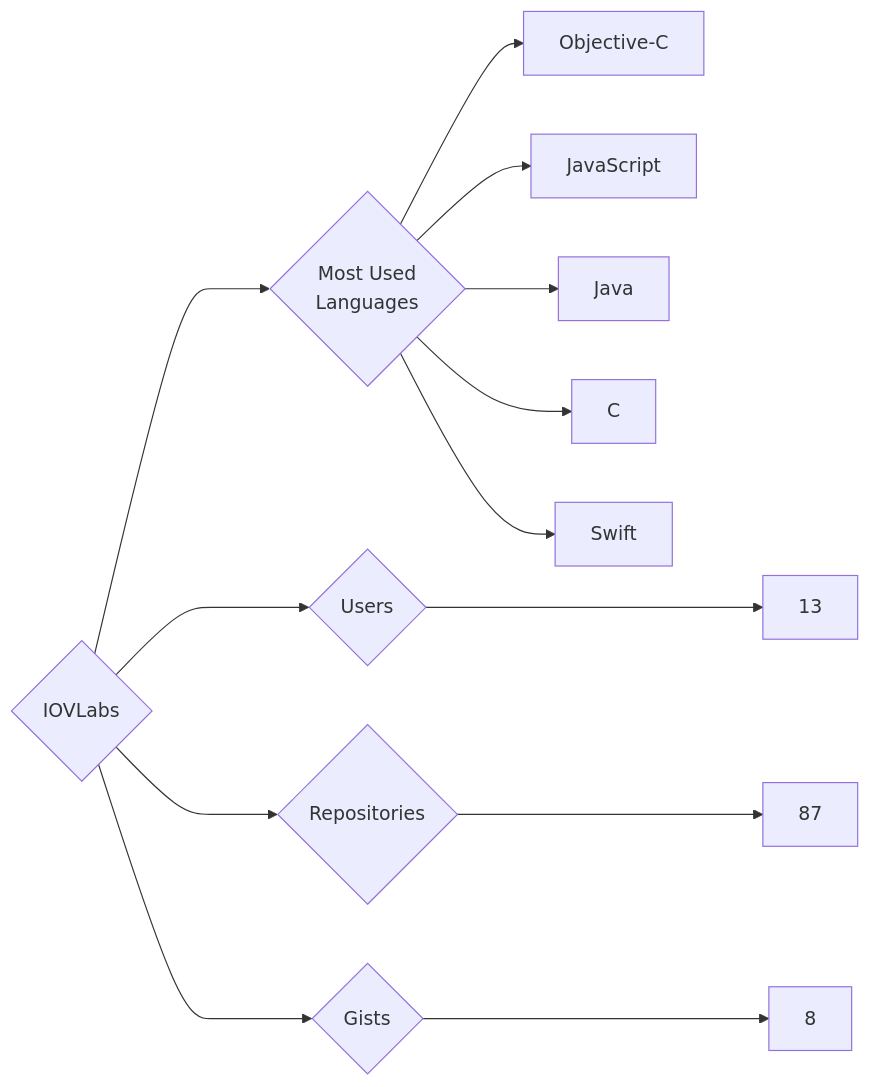
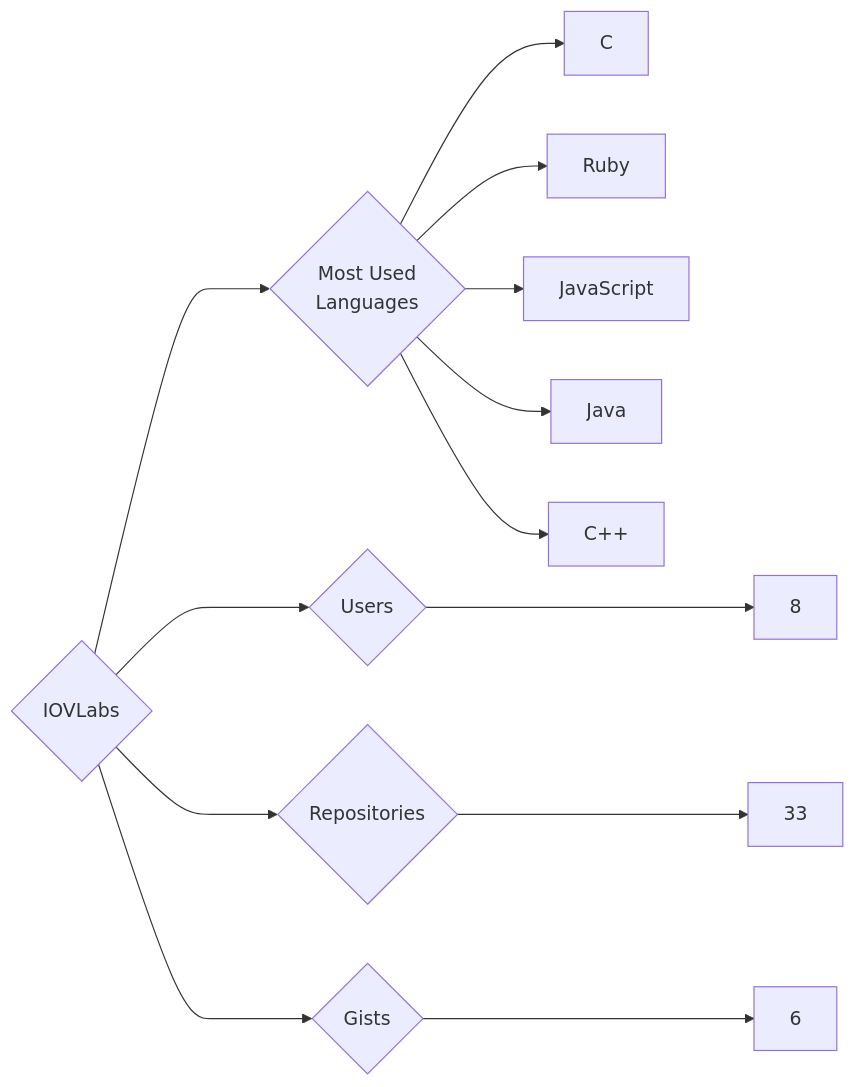
One commit to trickest/insiders changed the diagram in targets/IOVLabs/README.md. Above: the diagram before and after it, drawn with Mermaid. The commit also changed 1088 other files, not shown here.

````diff
--- a/targets/IOVLabs/README.md
+++ b/targets/IOVLabs/README.md
@@ -3,13 +3,13 @@
 ```mermaid
 graph LR
 COMPANY_NAME{IOVLabs}
-COMPANY_NAME ---> U{Users} ---> UN[13]
-COMPANY_NAME ---> R{Repositories} ---> RN[87]
-COMPANY_NAME ---> G{Gists} ---> GN[8]
+COMPANY_NAME ---> U{Users} ---> UN[8]
+COMPANY_NAME ---> R{Repositories} ---> RN[33]
+COMPANY_NAME ---> G{Gists} ---> GN[6]
 COMPANY_NAME ---> ML{Most Used<br>Languages}
-ML --> Objective-C[Objective-C]
+ML --> C[C]
+ML --> Ruby[Ruby]
 ML --> JavaScript[JavaScript]
 ML --> Java[Java]
-ML --> C[C]
-ML --> Swift[Swift]
+ML --> C++[C++]
 ```
````
